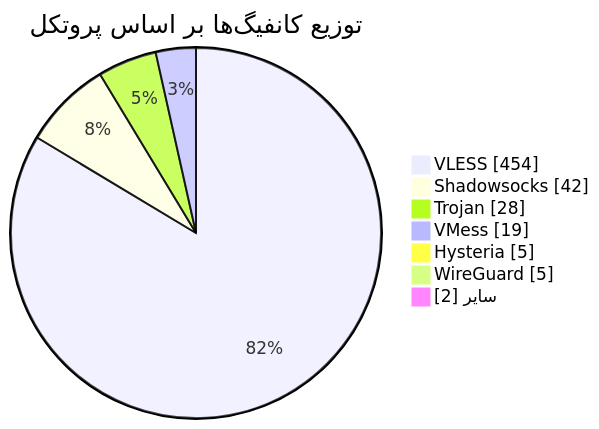
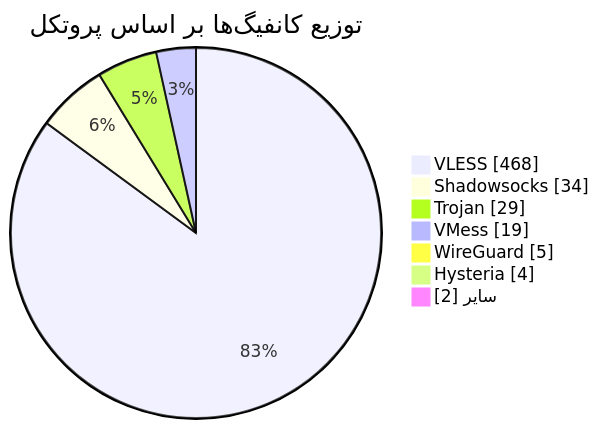
The diagram in README.md (Arian-Alijani/Somthing), drawn with Mermaid before and after one commit. The commit also changed other lines of this file and 79 other files, not shown here.

````diff
--- a/README.md
+++ b/README.md
@@ -49,11 +49,11 @@
 ```mermaid
 pie showData
     title توزیع کانفیگ‌ها بر اساس پروتکل
-    "VLESS" : 454
-    "Shadowsocks" : 42
-    "Trojan" : 28
+    "VLESS" : 468
+    "Shadowsocks" : 34
+    "Trojan" : 29
     "VMess" : 19
-    "Hysteria" : 5
     "WireGuard" : 5
+    "Hysteria" : 4
     "سایر" : 2
 ```
````
